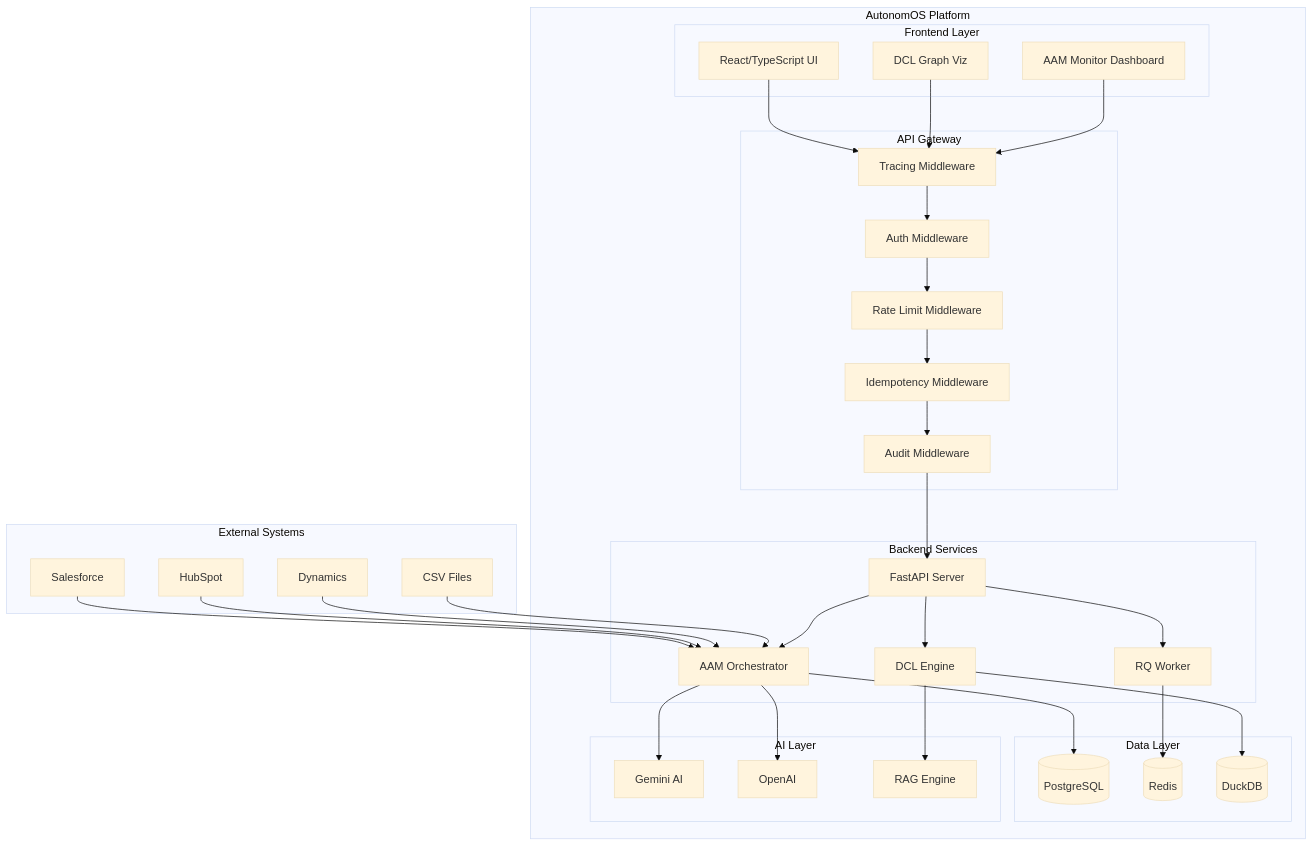
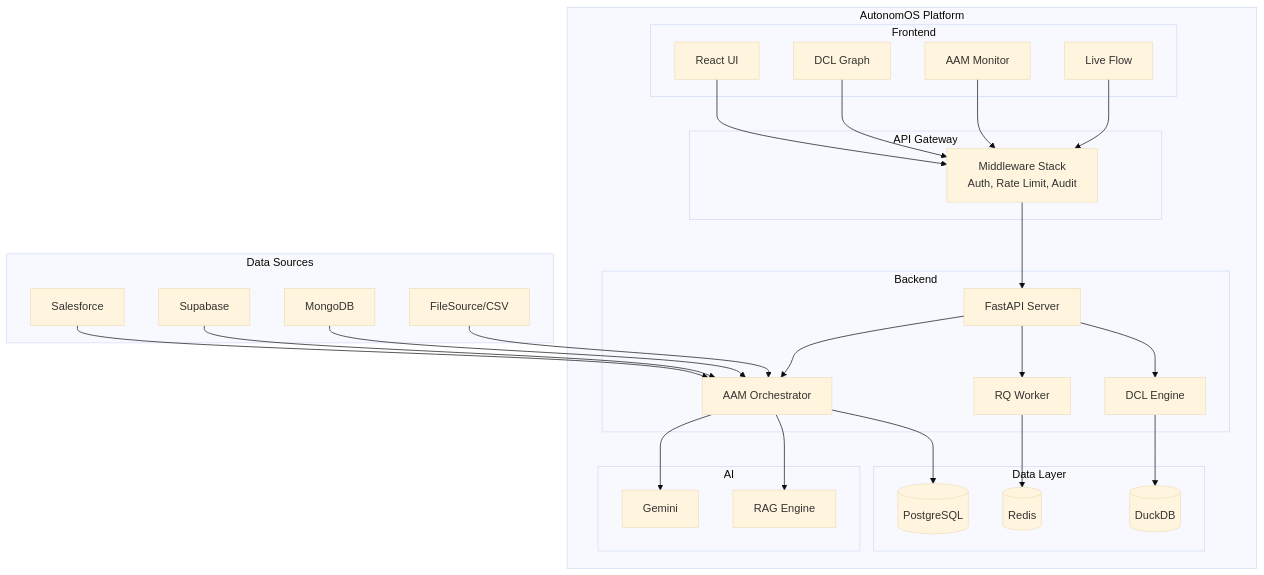
One commit to ilyacantor/autonomos-platform changed the second of 8 diagrams in ARCHITECTURE.md. Above: the diagram before and after it, drawn with Mermaid (base theme). The commit also changed other lines of this file and 1 other file, not shown here.

First line of the commit message:
Update architecture documentation with new system overview and details

````diff
--- a/ARCHITECTURE.md
+++ b/ARCHITECTURE.md
@@ -15,72 +70,48 @@
 ```mermaid
 graph TB
-    subgraph "External Systems"
+    subgraph "Data Sources"
         SF[Salesforce]
-        HS[HubSpot]
-        DY[Dynamics]
-        CSV[CSV Files]
+        SB[Supabase]
+        MG[MongoDB]
+        FS[FileSource/CSV]
     end
 
     subgraph "AutonomOS Platform"
-        subgraph "Frontend Layer"
-            UI[React/TypeScript UI]
-            DCL_UI[DCL Graph Viz]
-            AAM_UI[AAM Monitor Dashboard]
+        subgraph "Frontend"
+            UI[React UI]
+            DCL_VIZ[DCL Graph]
+            AAM_MON[AAM Monitor]
+            LIVE[Live Flow]
         end
 
         subgraph "API Gateway"
-            MW_TRACE[Tracing Middleware]
-            MW_AUTH[Auth Middleware]
-            MW_RATE[Rate Limit Middleware]
-            MW_IDEMPOT[Idempotency Middleware]
-            MW_AUDIT[Audit Middleware]
+            MW[Middleware Stack<br/>Auth, Rate Limit, Audit]
         end
 
-        subgraph "Backend Services"
+        subgraph "Backend"
             API[FastAPI Server]
             DCL[DCL Engine]
             AAM[AAM Orchestrator]
             WORKER[RQ Worker]
         end
 
         subgraph "Data Layer"
             PG[(PostgreSQL)]
             REDIS[(Redis)]
-            DUCKDB[(DuckDB)]
+            DUCK[(DuckDB)]
         end
 
-        subgraph "AI Layer"
-            GEMINI[Gemini AI]
-            OPENAI[OpenAI]
+        subgraph "AI"
+            GEMINI[Gemini]
             RAG[RAG Engine]
         end
     end
 
-    SF --> AAM
-    HS --> AAM
-    DY --> AAM
-    CSV --> AAM
-
-    UI --> MW_TRACE
-    DCL_UI --> MW_TRACE
-    AAM_UI --> MW_TRACE
-
-    MW_TRACE --> MW_AUTH
-    MW_AUTH --> MW_RATE
-    MW_RATE --> MW_IDEMPOT
-    MW_IDEMPOT --> MW_AUDIT
-    MW_AUDIT --> API
-
-    API --> DCL
-    API --> AAM
-    API --> WORKER
-
-    AAM --> PG
-    DCL --> DUCKDB
+    SF & SB & MG & FS --> AAM
+    UI & DCL_VIZ & AAM_MON & LIVE --> MW
+    MW --> API
+    API --> DCL & AAM & WORKER
+    AAM --> PG & GEMINI & RAG
+    DCL --> DUCK
     WORKER --> REDIS
-    
-    AAM --> GEMINI
-    AAM --> OPENAI
-    DCL --> RAG
-
 ```
````
